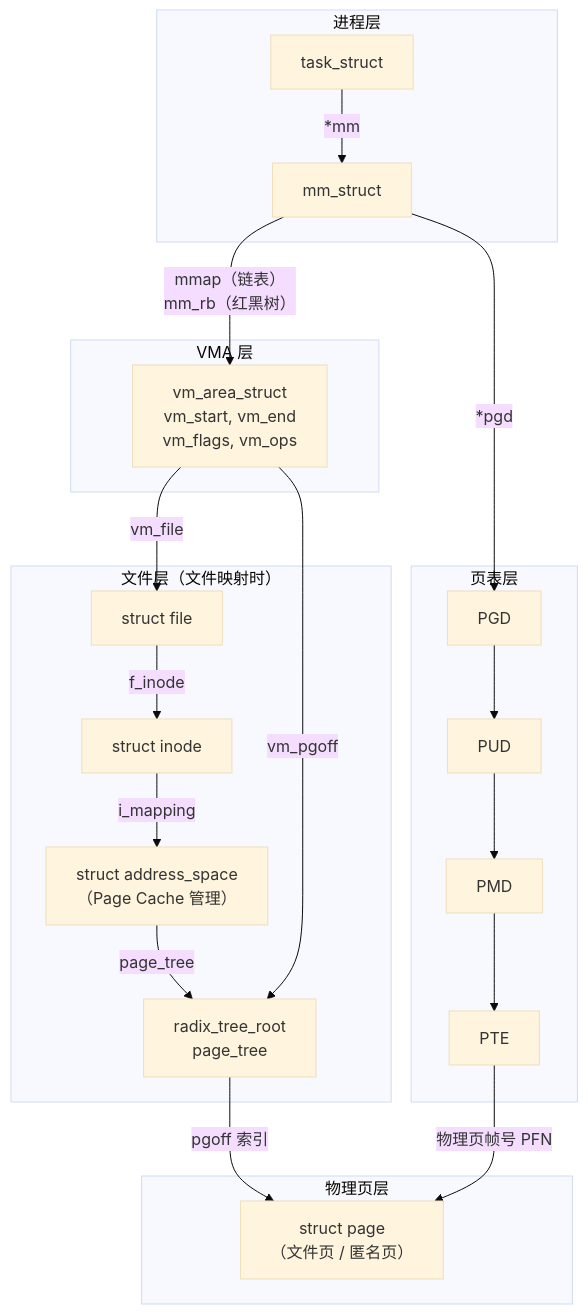
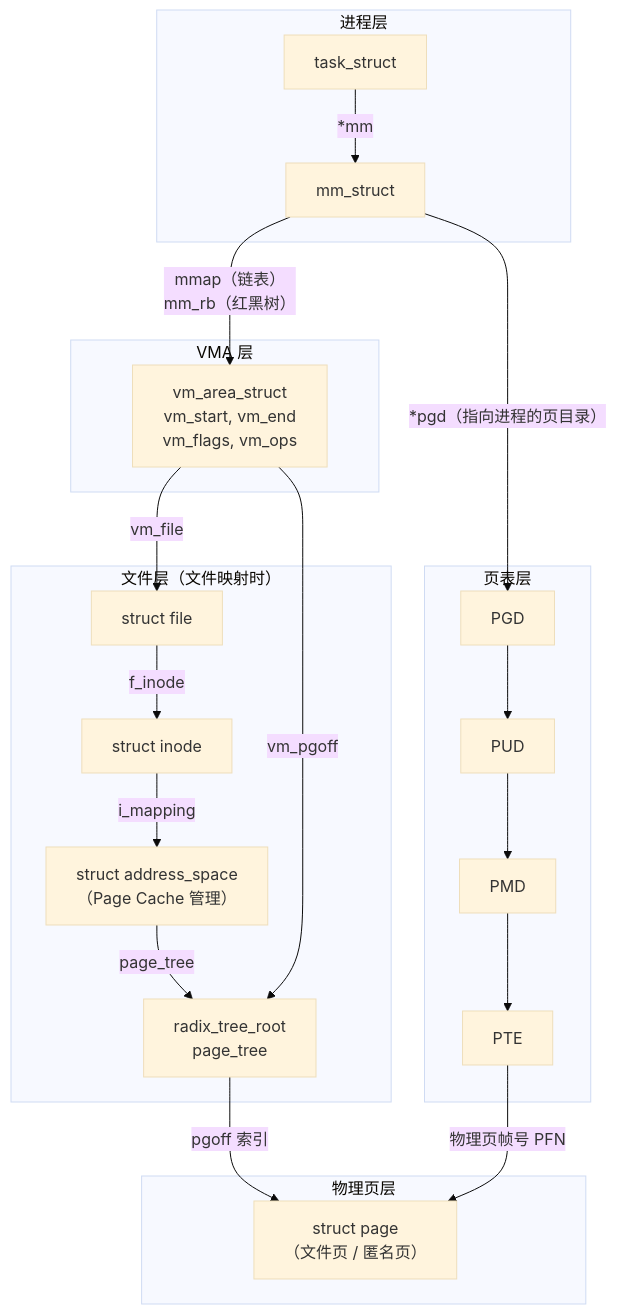
Before and after one commit to pandaychen/pandaychen.github.io: the tenth of 12 diagrams in _posts/2025-03-01-A-LINUX-KERNEL-TRAVEL-7.md, drawn with Mermaid (base theme). The commit also changed other lines of this file, not shown here.

````diff
--- a/_posts/2025-03-01-A-LINUX-KERNEL-TRAVEL-7.md
+++ b/_posts/2025-03-01-A-LINUX-KERNEL-TRAVEL-7.md
@@ -856,41 +856,41 @@
 ```mermaid
 flowchart TB
     subgraph ProcessLevel["进程层"]
         task["task_struct"]
         mm["mm_struct"]
         task -->|"*mm"| mm
     end
 
     subgraph VMALevel["VMA 层"]
         vma["vm_area_struct<br/>vm_start, vm_end<br/>vm_flags, vm_ops"]
         mm -->|"mmap（链表）<br/>mm_rb（红黑树）"| vma
     end
 
     subgraph FileLevel["文件层（文件映射时）"]
         file_struct["struct file"]
         inode["struct inode"]
         addr_space["struct address_space<br/>（Page Cache 管理）"]
         radix["radix_tree_root<br/>page_tree"]
         vma -->|"vm_file"| file_struct
         file_struct -->|"f_inode"| inode
         inode -->|"i_mapping"| addr_space
         addr_space -->|"page_tree"| radix
     end
 
     subgraph PhysLevel["物理页层"]
         page["struct page<br/>（文件页 / 匿名页）"]
         radix -->|"pgoff 索引"| page
     end
 
     subgraph PTLevel["页表层"]
         pgd["PGD"]
         pud["PUD"]
         pmd["PMD"]
         pte["PTE"]
-        mm -->|"*pgd"| pgd
+        mm -->|"*pgd（指向进程的页目录）"| pgd
         pgd --> pud --> pmd --> pte
         pte -->|"物理页帧号 PFN"| page
     end
 
     vma -->|"vm_pgoff"| radix
 ```
````
